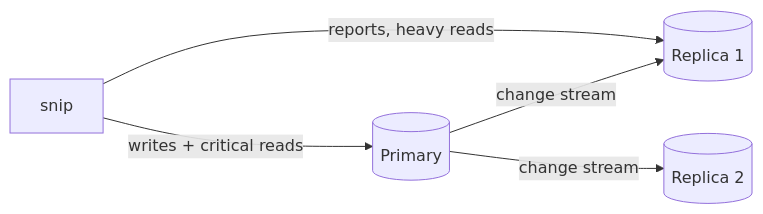
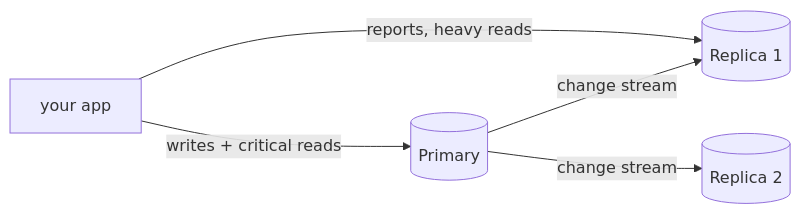
Before and after one commit to jawwadzafar/zero-to-prod: the second of 2 diagrams in docs/data/choosing-a-datastore.mdx, drawn with Mermaid. The commit also changed other lines of this file, not shown here.

Commit message:
docs: 6.8 Choosing a datastore: replication diagram shows a generic app; snip's feature table becomes the 'Apply it to snip' payoff (chapter already teaches the landscape standalone)

````diff
--- a/docs/data/choosing-a-datastore.mdx
+++ b/docs/data/choosing-a-datastore.mdx
@@ -159,7 +159,7 @@
 ```mermaid
 flowchart LR
-    APP["snip"] -->|"writes + critical reads"| P[("Primary")]
+    APP["your app"] -->|"writes + critical reads"| P[("Primary")]
     APP -->|"reports, heavy reads"| R1[("Replica 1")]
     P -->|"change stream"| R1
     P -->|"change stream"| R2[("Replica 2")]
 ```
````
